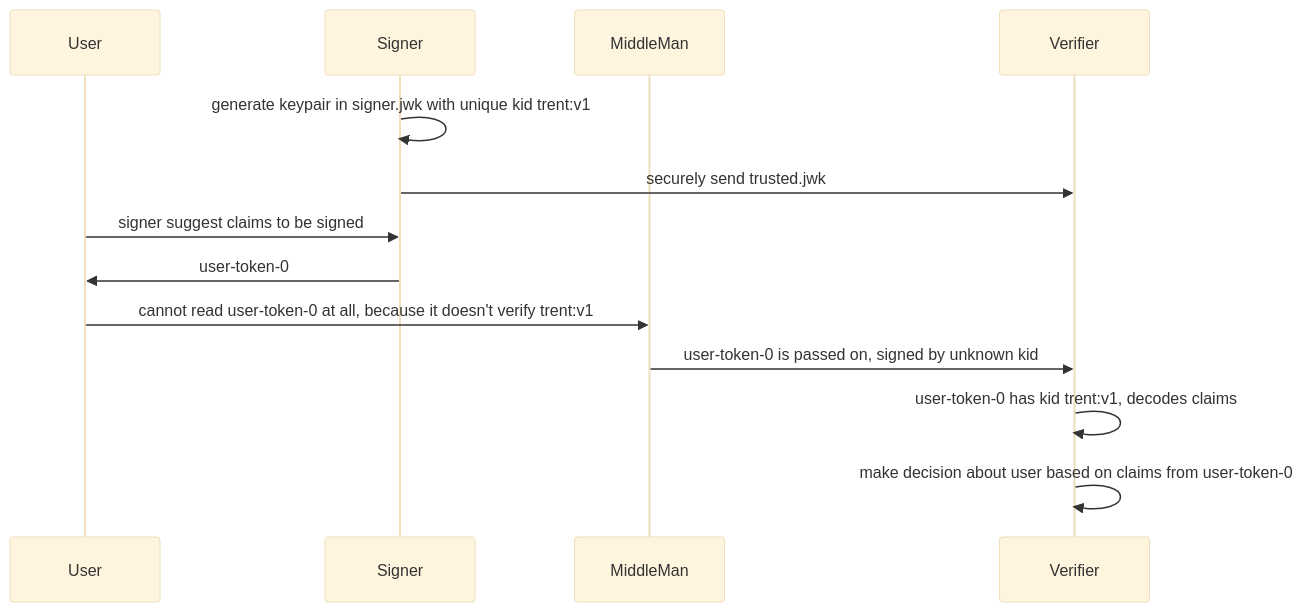
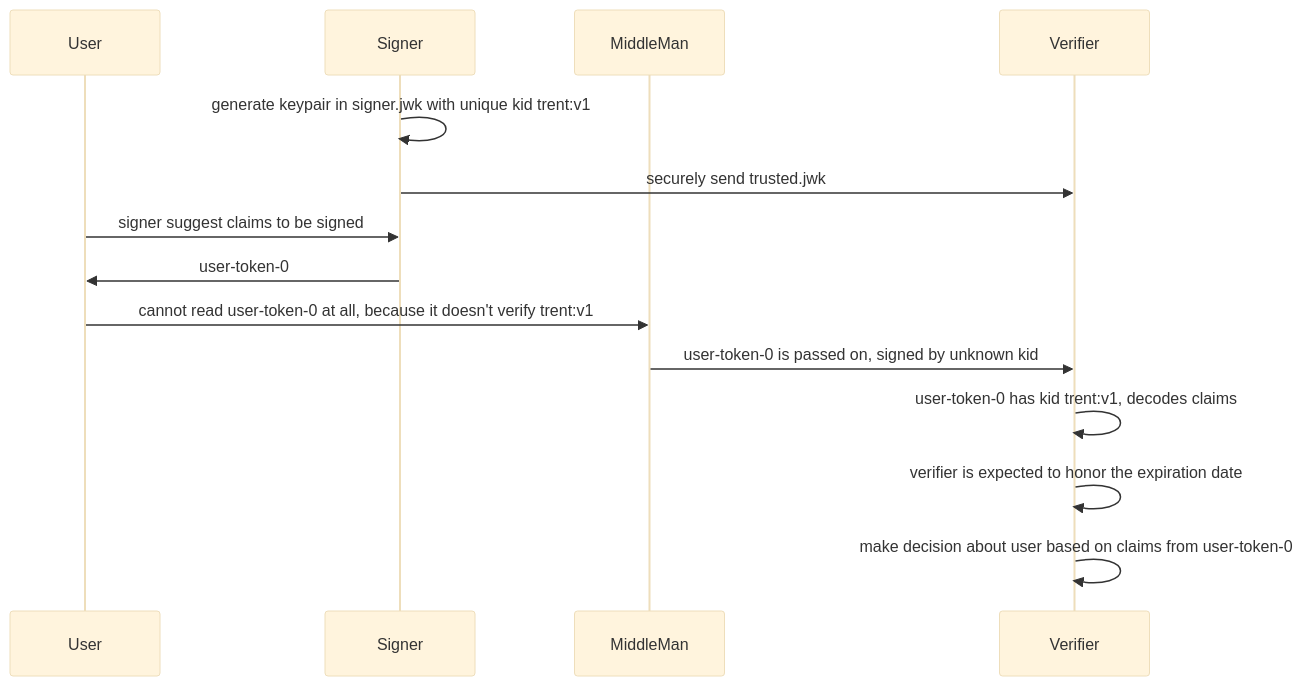
The diagram in README.md (rfielding/whiskeyTango), drawn with Mermaid (base theme) before and after one commit.

Commit message:
add diagram

````diff
--- a/README.md
+++ b/README.md
@@ -23,15 +23,16 @@
 ```mermaid
 sequenceDiagram
   participant User
   participant Signer
   participant MiddleMan
   participant Verifier
   Signer->>Signer: generate keypair in signer.jwk with unique kid trent:v1
   Signer->>Verifier: securely send trusted.jwk
   User->>Signer: signer suggest claims to be signed
   Signer->>User: user-token-0
   User->>MiddleMan: cannot read user-token-0 at all, because it doesn't verify trent:v1
   MiddleMan->>Verifier: user-token-0 is passed on, signed by unknown kid
   Verifier->>Verifier: user-token-0 has kid trent:v1, decodes claims
+  Verifier->>Verifier: verifier is expected to honor the expiration date
   Verifier->>Verifier: make decision about user based on claims from user-token-0
 ```
````
